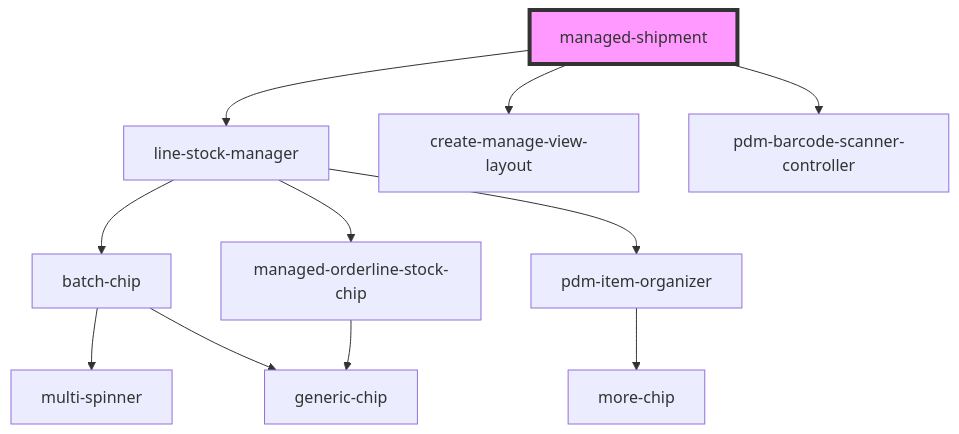
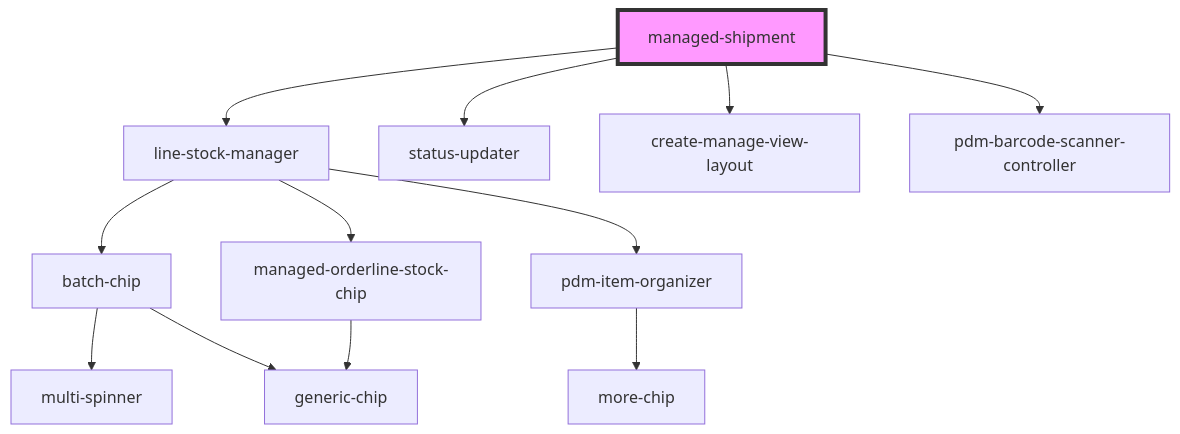
The diagram in pdm-web-components/src/components/managed-shipment/readme.md (PharmaLedger-IMI/fgt-workspace), drawn with Mermaid before and after one commit. The commit also changed other lines of this file and 10 other files, not shown here.

Commit message:
refs #14 - update. now working on shipment status update

````diff
--- a/pdm-web-components/src/components/managed-shipment/readme.md
+++ b/pdm-web-components/src/components/managed-shipment/readme.md
@@ -95,14 +96,15 @@
 ```mermaid
 graph TD;
   managed-shipment --> line-stock-manager
+  managed-shipment --> status-updater
   managed-shipment --> create-manage-view-layout
   managed-shipment --> pdm-barcode-scanner-controller
   line-stock-manager --> batch-chip
   line-stock-manager --> managed-orderline-stock-chip
   line-stock-manager --> pdm-item-organizer
   batch-chip --> multi-spinner
   batch-chip --> generic-chip
   managed-orderline-stock-chip --> generic-chip
   pdm-item-organizer --> more-chip
   style managed-shipment fill:#f9f,stroke:#333,stroke-width:4px
 ```
````
